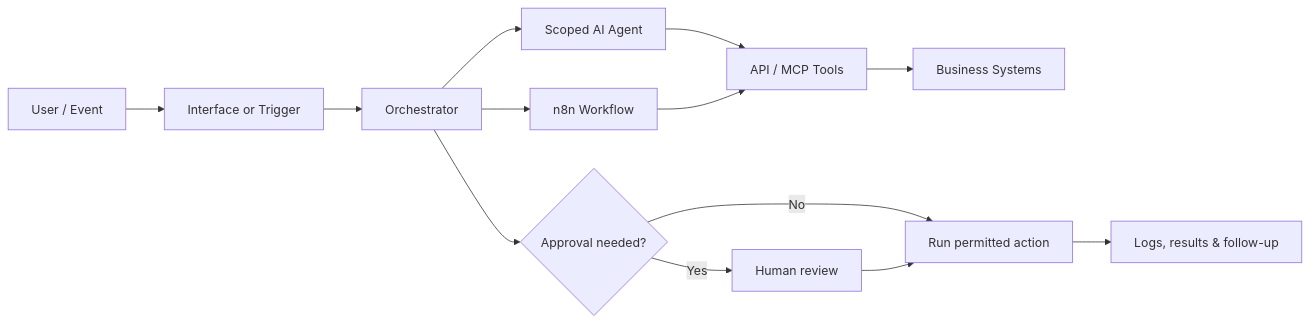
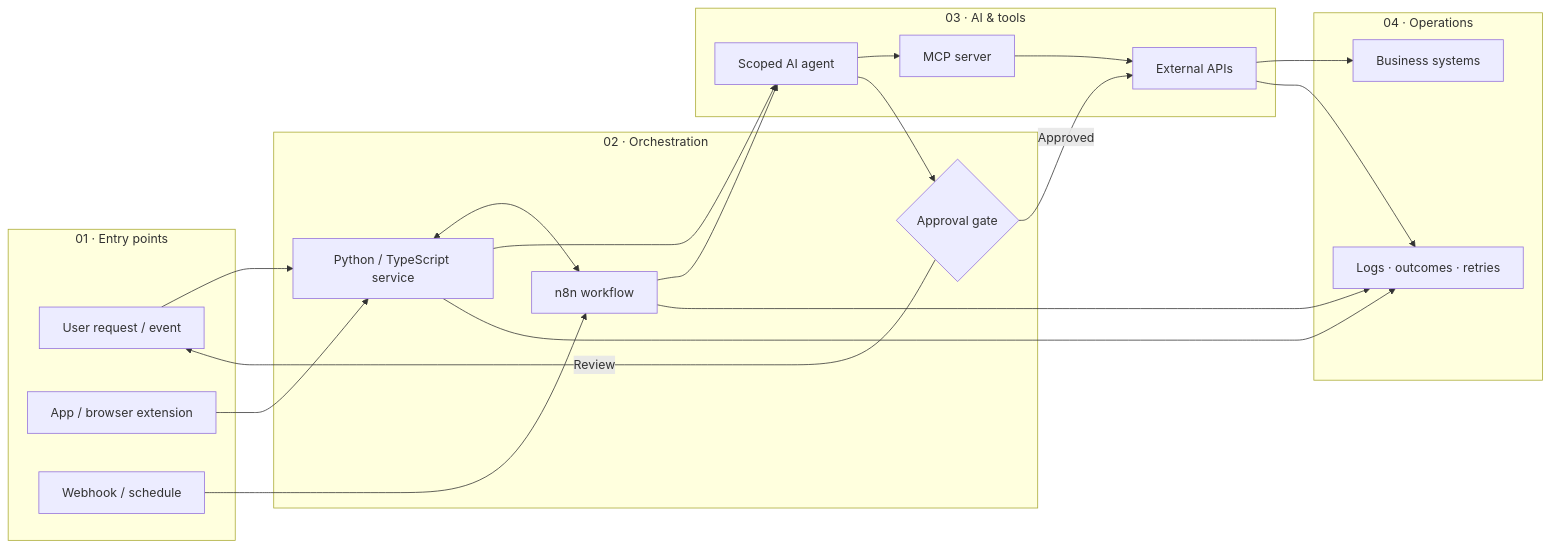
One commit to EdgeAgent/EdgeAgent changed the diagram in README.md. Above: the diagram before and after it, drawn with Mermaid. The commit also changed other lines of this file, not shown here.

````diff
--- a/README.md
+++ b/README.md
@@ -33,15 +63,37 @@
 ```mermaid
 flowchart LR
-  U[User / Event] --> I[Interface or Trigger]
-  I --> O[Orchestrator]
-  O --> A[Scoped AI Agent]
-  O --> W[n8n Workflow]
-  A --> T[API / MCP Tools]
-  W --> T
-  T --> S[Business Systems]
-  O --> H{Approval needed?}
-  H -->|Yes| R[Human review]
-  H -->|No| X[Run permitted action]
-  R --> X
-  X --> L[Logs, results & follow-up]
+  subgraph INPUT["01 · Entry points"]
+    EVT[User request / event]
+    UI[App / browser extension]
+    WH[Webhook / schedule]
+  end
+  subgraph CONTROL["02 · Orchestration"]
+    API[Python / TypeScript service]
+    N8N[n8n workflow]
+    GATE{Approval gate}
+  end
+  subgraph INTEL["03 · AI & tools"]
+    AGENT[Scoped AI agent]
+    MCP[MCP server]
+    APIX[External APIs]
+  end
+  subgraph OPS["04 · Operations"]
+    SYS[Business systems]
+    OBS[Logs · outcomes · retries]
+  end
+  EVT --> API
+  UI --> API
+  WH --> N8N
+  API <--> N8N
+  API --> AGENT
+  N8N --> AGENT
+  AGENT --> MCP
+  MCP --> APIX
+  APIX --> SYS
+  AGENT --> GATE
+  GATE -->|Approved| APIX
+  GATE -->|Review| EVT
+  API --> OBS
+  N8N --> OBS
+  APIX --> OBS
 ```
````
